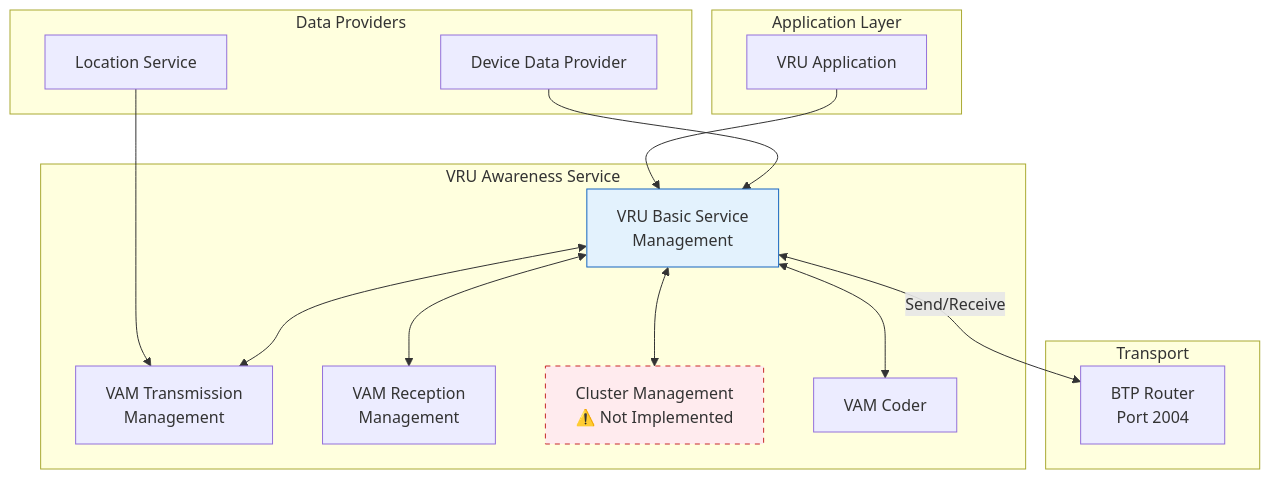
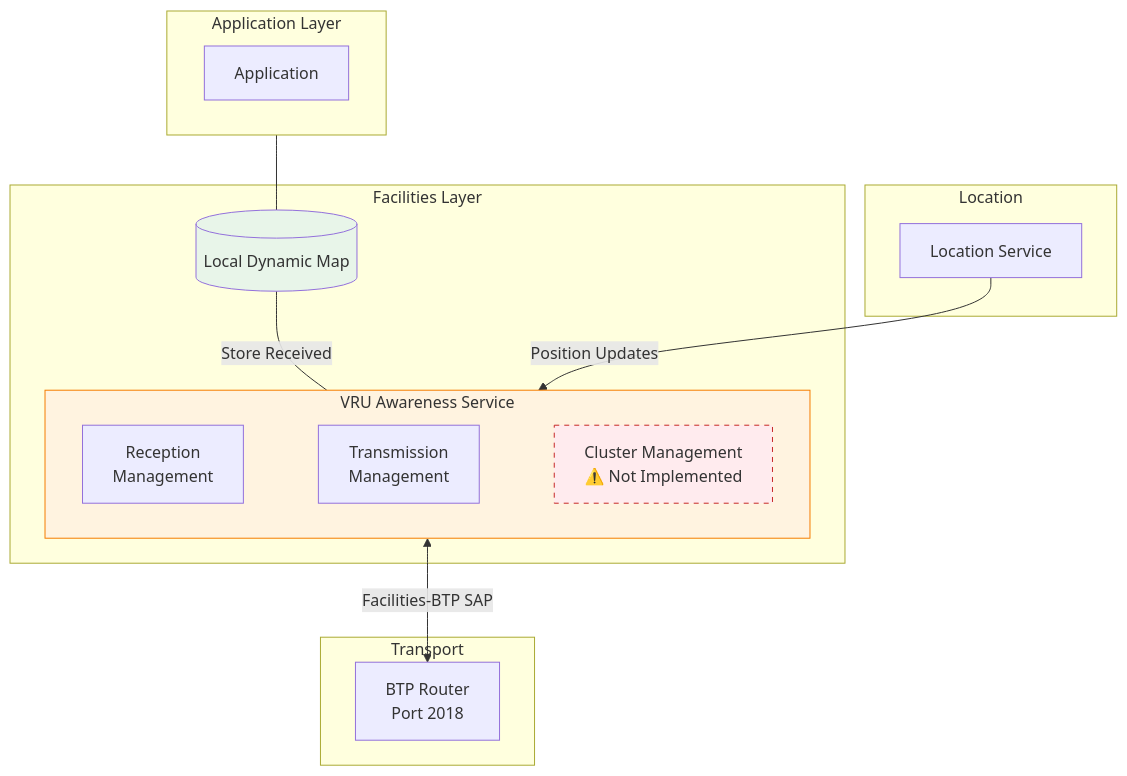
One commit to Fundacio-i2CAT/FlexStackDocumentation changed the first of 3 diagrams in source/modules/facilities/vru_awareness_service.rst. Above: the diagram before and after it, drawn with Mermaid. The commit also changed other lines of this file and 6 other files, not shown here.

Commit message:
New CAM and VAM Diagrams

```diff
--- a/source/modules/facilities/vru_awareness_service.rst
+++ b/source/modules/facilities/vru_awareness_service.rst
@@ -74,35 +74,32 @@
 .. mermaid::
 
    flowchart TB
-       subgraph "Application Layer"
-           APP[VRU Application]
-       end
-       
-       subgraph "VRU Awareness Service"
-           VAS[VRU Basic Service<br/>Management]
-           TM[VAM Transmission<br/>Management]
-           RM[VAM Reception<br/>Management]
-           CM[Cluster Management<br/>⚠️ Not Implemented]
-           COD[VAM Coder]
-       end
-       
-       subgraph "Data Providers"
-           DDP[Device Data Provider]
-           LOC[Location Service]
-       end
-       
-       subgraph "Transport"
-           BTP[BTP Router<br/>Port 2004]
-       end
-       
-       APP --> VAS
-       DDP --> VAS
-       LOC --> TM
-       VAS <--> TM
-       VAS <--> RM
-       VAS <--> CM
-       VAS <--> COD
-       VAS <-->|"Send/Receive"| BTP
-       
-       style VAS fill:#e3f2fd,stroke:#1565c0
-       style CM fill:#ffebee,stroke:#c62828,stroke-dasharray: 5 5
+      subgraph APP["Application Layer"]
+         EX["Application"]
+      end
+      subgraph "Facilities Layer"
+         LDM[(Local Dynamic Map)]
+         subgraph VRUAW["VRU Awareness Service"]
+            direction LR
+            RM[Reception<br/>Management] ~~~ TM[Transmission<br/>Management]
+            TM ~~~ CM[Cluster Management<br/>⚠️ Not Implemented]
+         end
+         
+      end
+      
+      subgraph "Location"
+         LOC[Location Service]
+      end
+      
+      subgraph "Transport"
+         BTP[BTP Router<br/>Port 2018]
+      end
+      APP --- LDM
+      LDM ---|"Store Received"| VRUAW
+      LOC -->|"Position Updates"| VRUAW
+      VRUAW <-->|"Facilities-BTP SAP"| BTP
+      
+      
+      style VRUAW fill:#fff3e0,stroke:#f57c00
+      style LDM fill:#e8f5e9
+      style CM fill:#ffebee,stroke:#c62828,stroke-dasharray: 5 5
```
